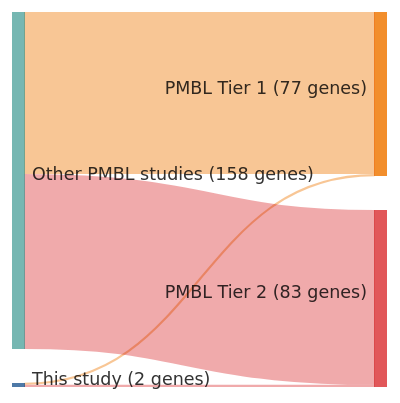
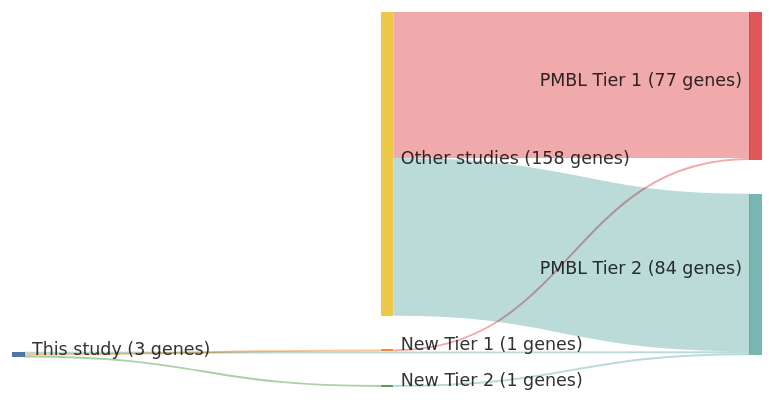
Before and after one commit to morinlab/lymphopedia: the diagram in papers/wenigerMutationsTumorSuppressor2006a.md, drawn with Mermaid. The commit also changed 82 other files, not shown here.

````diff
--- a/papers/wenigerMutationsTumorSuppressor2006a.md
+++ b/papers/wenigerMutationsTumorSuppressor2006a.md
@@ -12,18 +12,21 @@
 ```mermaid
 ---
 config:
     sankey:
         showValues: true
         linkColor: target
-        width: 300
+        width: 600
         height: 300
         nodeAlignment: right
         prefix: '('
         suffix: ' genes)'
 ---
 sankey-beta
-This study, PMBL Tier 1, 1
+This study, New Tier 1, 1
+New Tier 1, PMBL Tier 1, 1
 This study, PMBL Tier 2, 1
-Other PMBL studies, PMBL Tier 1, 76
-Other PMBL studies, PMBL Tier 2, 82
+This study, New Tier 2, 1
+New Tier 2, PMBL Tier 2, 1
+Other studies, PMBL Tier 1, 76
+Other studies, PMBL Tier 2, 82
 ```
````
